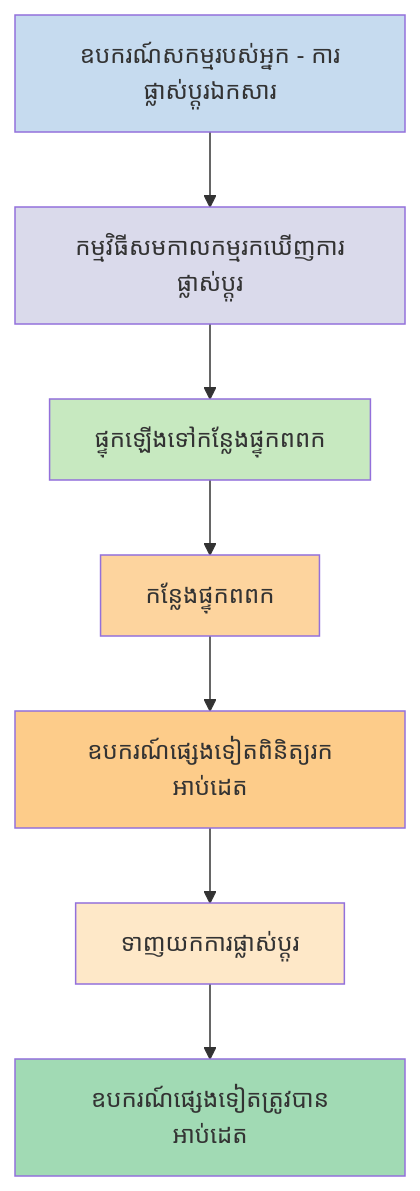
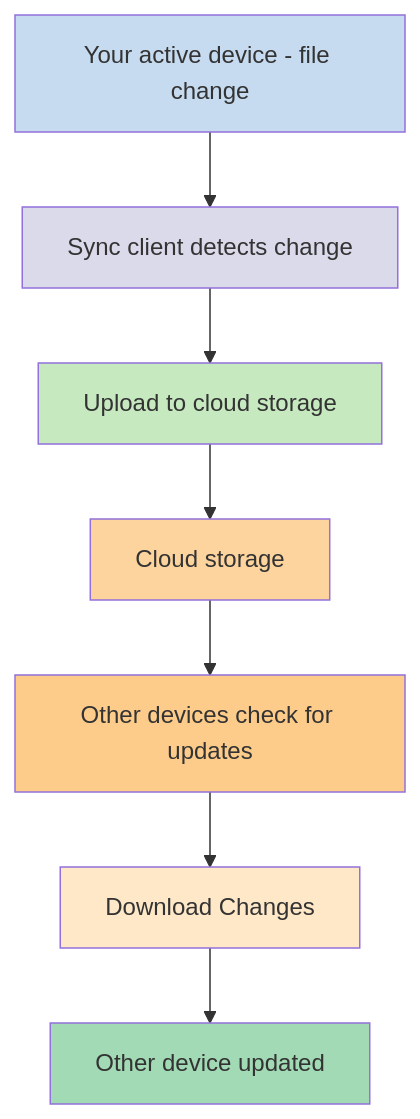
Before and after one commit to obsidianmd/obsidian-help: the first of 2 diagrams in km/Obsidian Sync/Vault មូលដ្ឋាន និង Vault ពីចម្ងាយ.md, drawn with Mermaid. The commit also changed other lines of this file and 99 other files, not shown here.

````diff
--- a/km/Obsidian Sync/Vault មូលដ្ឋាន និង Vault ពីចម្ងាយ.md
+++ b/km/Obsidian Sync/Vault មូលដ្ឋាន និង Vault ពីចម្ងាយ.md
@@ -30,24 +30,24 @@
 ```mermaid
 graph TD
-    A[ឧបករណ៍សកម្មរបស់អ្នក - ការផ្លាស់ប្តូរឯកសារ]
-    B[កម្មវិធីសមកាលកម្មរកឃើញការផ្លាស់ប្តូរ]
-    C[ផ្ទុកឡើងទៅកន្លែងផ្ទុកពពក]
-    D[កន្លែងផ្ទុកពពក]
-    E[ឧបករណ៍ផ្សេងទៀតពិនិត្យរកអាប់ដេត]
-    F[ទាញយកការផ្លាស់ប្តូរ]
-    G[ឧបករណ៍ផ្សេងទៀតត្រូវបានអាប់ដេត]
+    A[Your active device - file change]
+    B[Sync client detects change]
+    C[Upload to cloud storage]
+    D[Cloud storage]
+    E[Other devices check for updates]
+    F[Download Changes]
+    G[Other device updated]
     
     A --> B
     B --> C
     C --> D
     D --> E
     E --> F
     F --> G
     style A fill:#c6dbef
     style B fill:#dadaeb
     style C fill:#c7e9c0
     style D fill:#fdd49e
     style E fill:#fdcc8a
     style F fill:#fee8c8
     style G fill:#a1dab4
 ```
````
